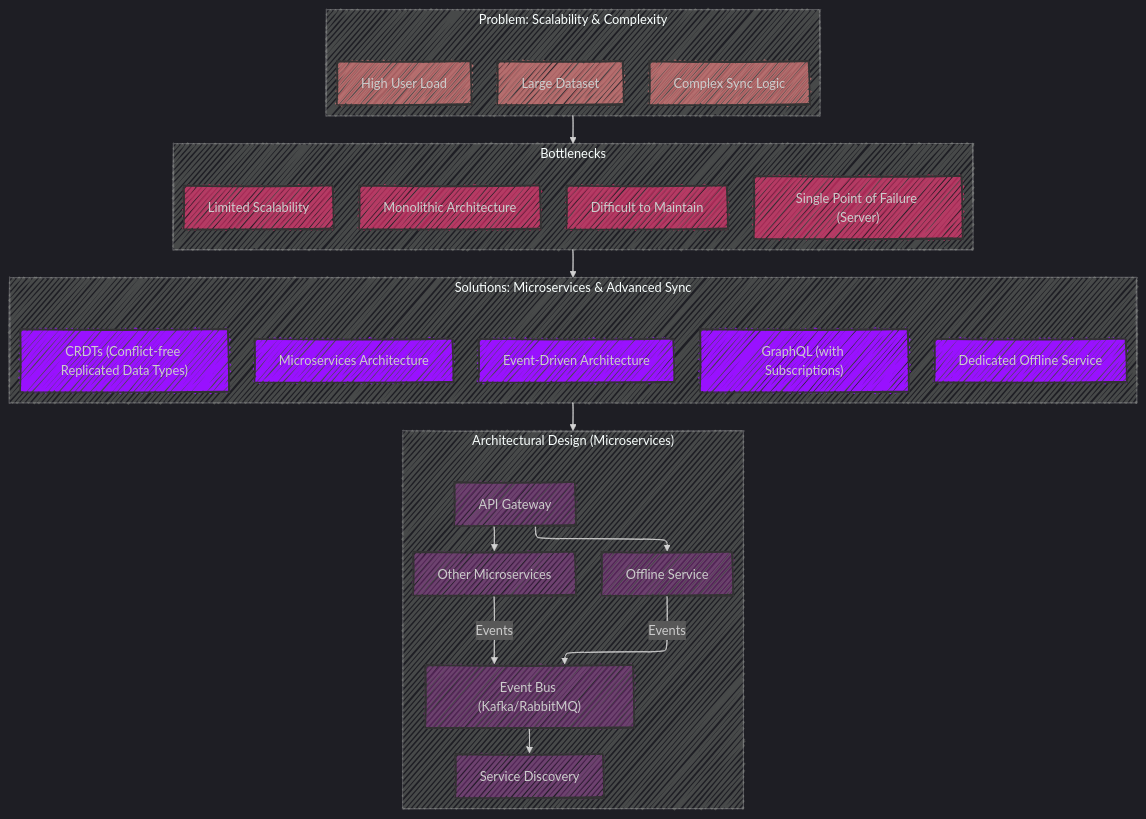
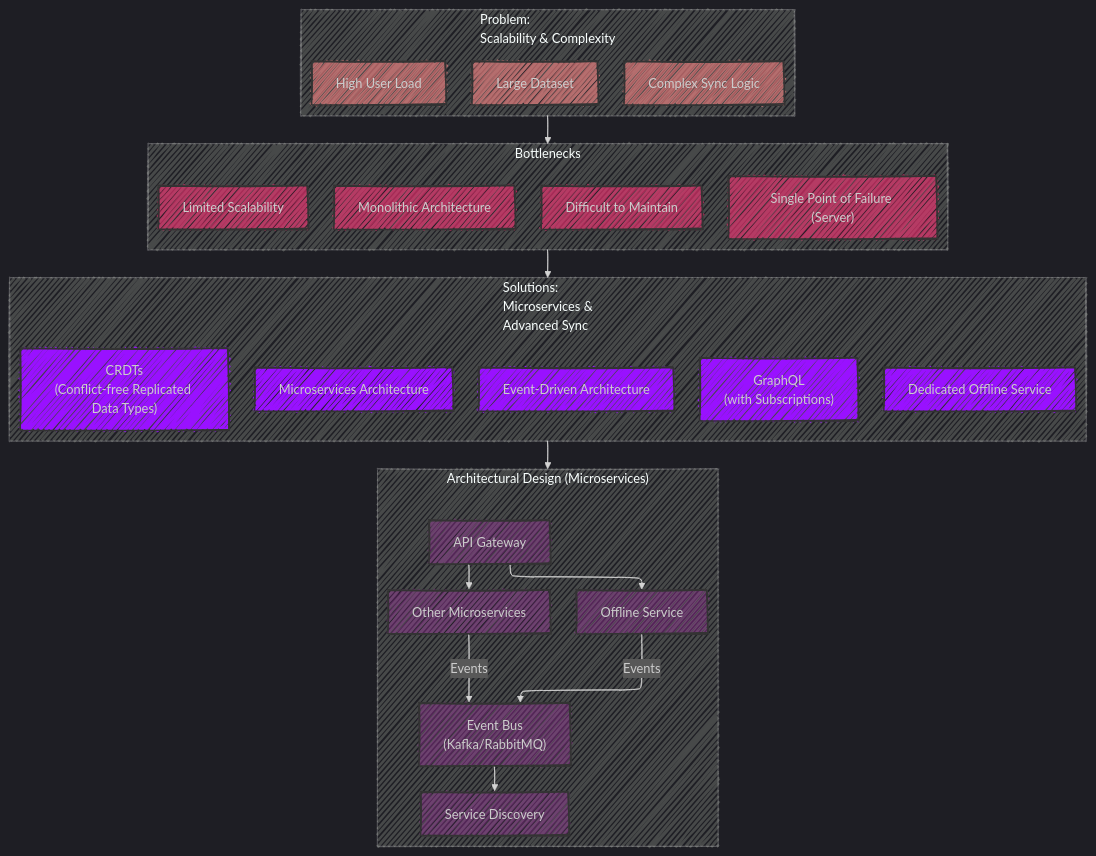
Before and after one commit to CongLeSolutionX/iOS-development-vault: the fourth of 5 diagrams in Offline_Mobile_App_Architecture /Offline_App_Architecture_Evolution.md, drawn with Mermaid. The commit also changed other lines of this file, not shown here.

````diff
--- a/Offline_Mobile_App_Architecture /Offline_App_Architecture_Evolution.md
+++ b/Offline_Mobile_App_Architecture /Offline_App_Architecture_Evolution.md
@@ -241,66 +241,66 @@
 ```mermaid
 ---
 config:
   layout: elk
   look: handDrawn
   theme: dark
 ---
 flowchart TD
-    subgraph Problem["Problem: Scalability & Complexity"]
+    subgraph Problem["Problem:<br>Scalability & Complexity"]
         A[Large Dataset];
         B[Complex Sync Logic];
         C[High User Load];
       style A fill:#f889,stroke:#333,stroke-width:2px
         style B fill:#f889,stroke:#333,stroke-width:2px
         style C fill:#f889,stroke:#333,stroke-width:2px
     end
 
     subgraph Bottlenecks["Bottlenecks"]
         D[Monolithic Architecture];
         E[Difficult to Maintain];
         F[Limited Scalability];
         G["Single Point of Failure (Server)"];
         style D fill:#f379,stroke:#333,stroke-width:2px
         style E fill:#f379,stroke:#333,stroke-width:2px
         style F fill:#f379,stroke:#333,stroke-width:2px
         style G fill:#f379,stroke:#333,stroke-width:2px
     end
 
-    subgraph Solutions["Solutions: Microservices & Advanced Sync"]
+    subgraph Solutions["Solutions:<br>Microservices &<br> Advanced Sync"]
         H[Microservices Architecture];
         I[Event-Driven Architecture];
-        J["CRDTs (Conflict-free Replicated Data Types)"];
-        K["GraphQL (with Subscriptions)"];
+        J["CRDTs<br>(Conflict-free Replicated Data Types)"];
+        K["GraphQL<br>(with Subscriptions)"];
         L[Dedicated Offline Service];
         style H fill:#91ff,stroke:#333,stroke-width:2px
         style I fill:#91ff,stroke:#333,stroke-width:2px
         style J fill:#91ff,stroke:#333,stroke-width:2px
         style K fill:#91ff,stroke:#333,stroke-width:2px
         style L fill:#91ff,stroke:#333,stroke-width:2px
     end
 
     subgraph New_Architectural_Design["Architectural Design (Microservices)"]
         M[API Gateway];
         N[Offline Service];
         O[Other Microservices];
-        P["Event Bus (Kafka/RabbitMQ)"];
+        P["Event Bus<br>(Kafka/RabbitMQ)"];
         Q[Service Discovery];
 
         M --> N;
         M --> O;
         N --"Events"--> P;
         O --"Events"--> P;
         P --> Q;
 
         style M fill:#b3b5,stroke:#333,stroke-width:2px
         style N fill:#b3b5,stroke:#333,stroke-width:2px
         style O fill:#b3b5,stroke:#333,stroke-width:2px
         style P fill:#b3b5,stroke:#333,stroke-width:2px
         style Q fill:#b3b5,stroke:#333,stroke-width:2px
     end
 
     Problem --> Bottlenecks;
     Bottlenecks --> Solutions;
     Solutions --> New_Architectural_Design;
 
 ```
````
